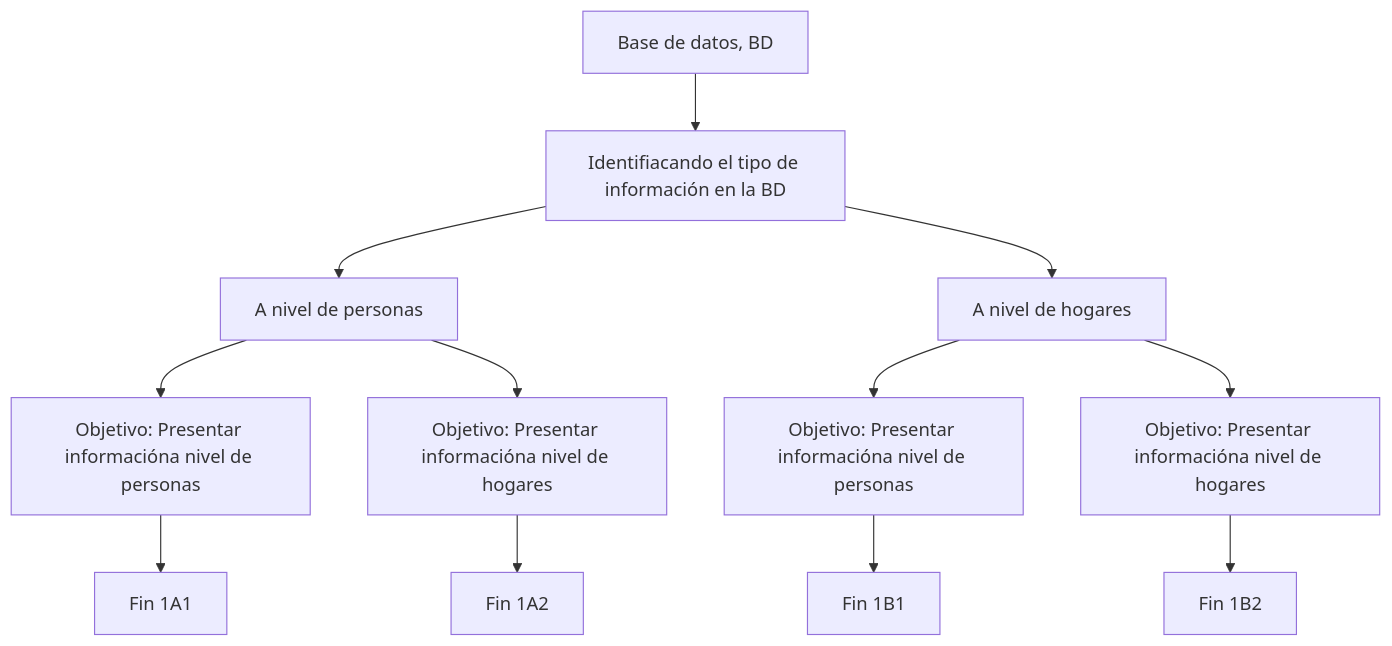
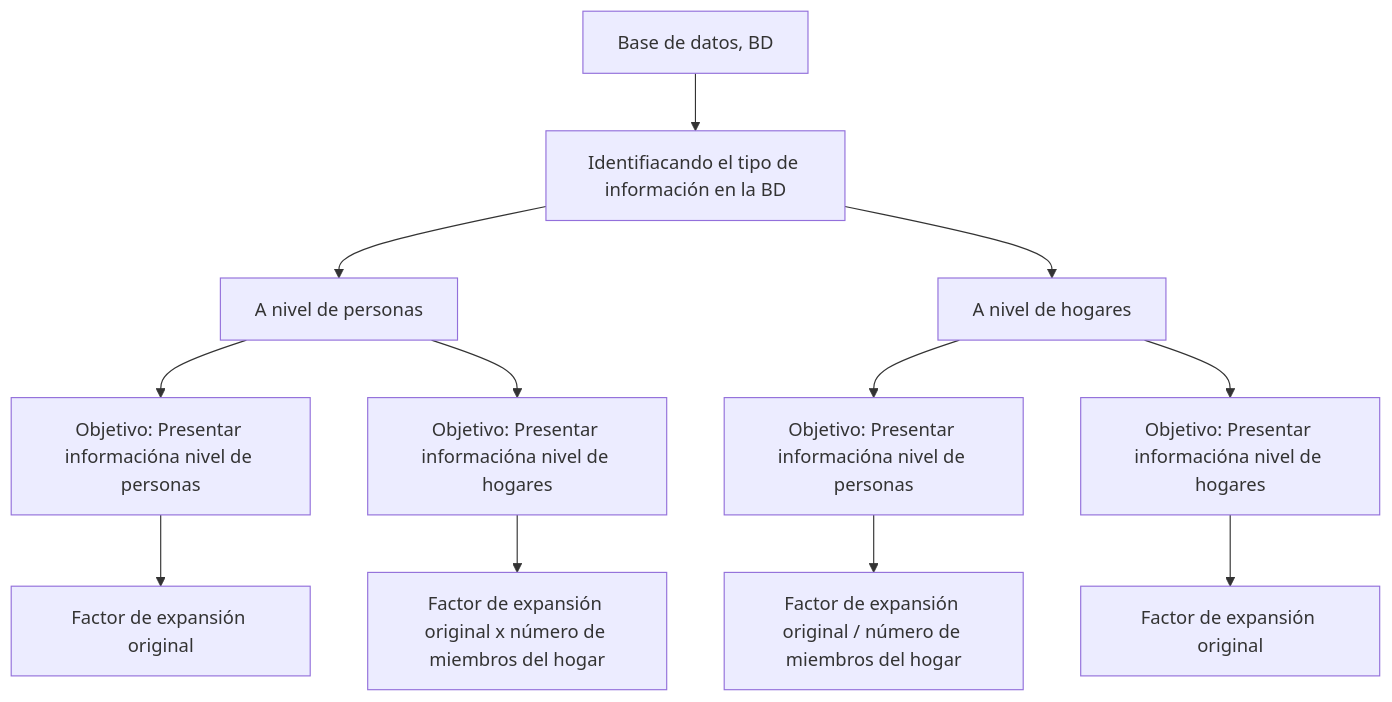
One commit to AlejandroPerezPortocarrero/Descriptive_analysis_ENAHO changed the diagram in 01_Factores_expansión.md. Above: the diagram before and after it, drawn with Mermaid.

````diff
--- a/01_Factores_expansión.md
+++ b/01_Factores_expansión.md
@@ -67,14 +67,14 @@
 ```mermaid
 graph TD;
     st[Base de datos, BD] --> split1[Identifiacando el tipo de información en la BD];
     split1 --> split2a[A nivel de personas];
     split1 --> split2b[A nivel de hogares];
     split2a --> split3a[Objetivo: Presentar informacióna nivel de personas];
     split2a --> split3b[Objetivo: Presentar informacióna nivel de hogares];
     split2b --> split5a[Objetivo: Presentar informacióna nivel de personas];
     split2b --> split5b[Objetivo: Presentar informacióna nivel de hogares];
-    split3a --> split4a[Fin 1A1];
-    split3b --> split4b[Fin 1A2];
-    split5a --> split6a[Fin 1B1];
-    split5b --> split6b[Fin 1B2];
+    split3a --> split4a[Factor de expansión original];
+    split3b --> split4b[Factor de expansión original x número de miembros del hogar];
+    split5a --> split6a[Factor de expansión original / número de miembros del hogar];
+    split5b --> split6b[Factor de expansión original];
 ```
````
